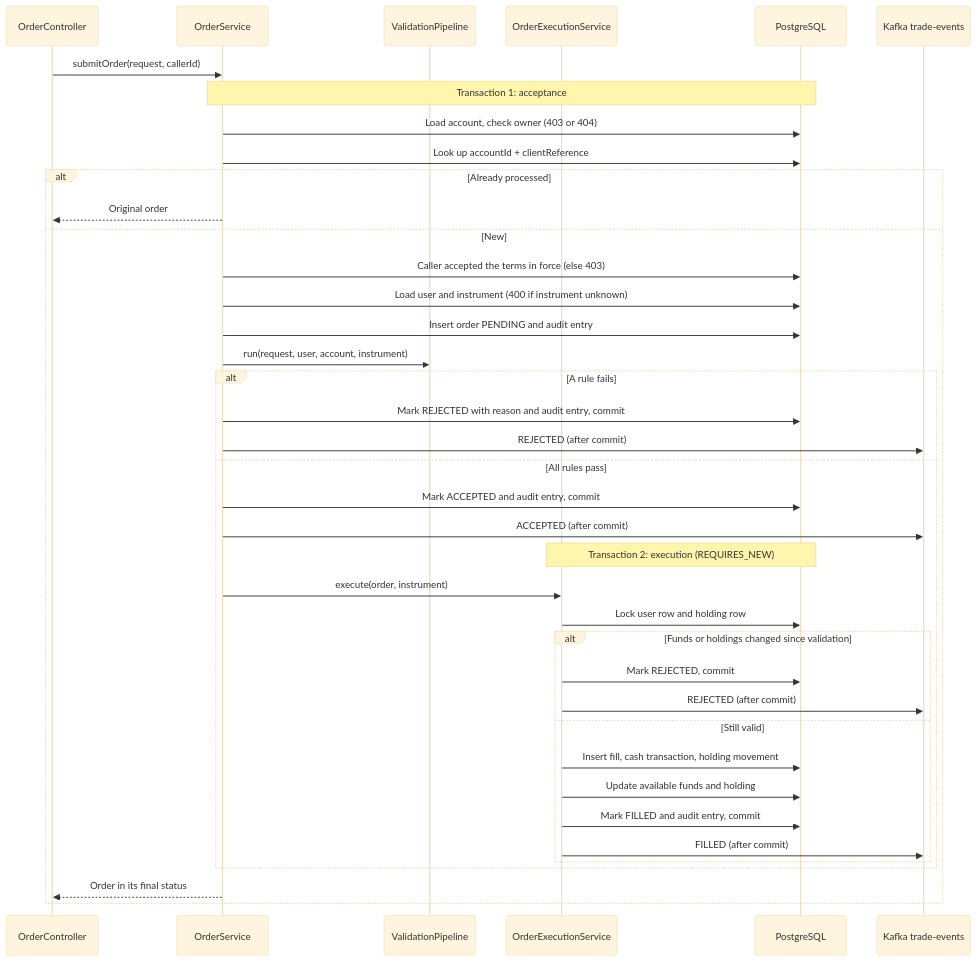
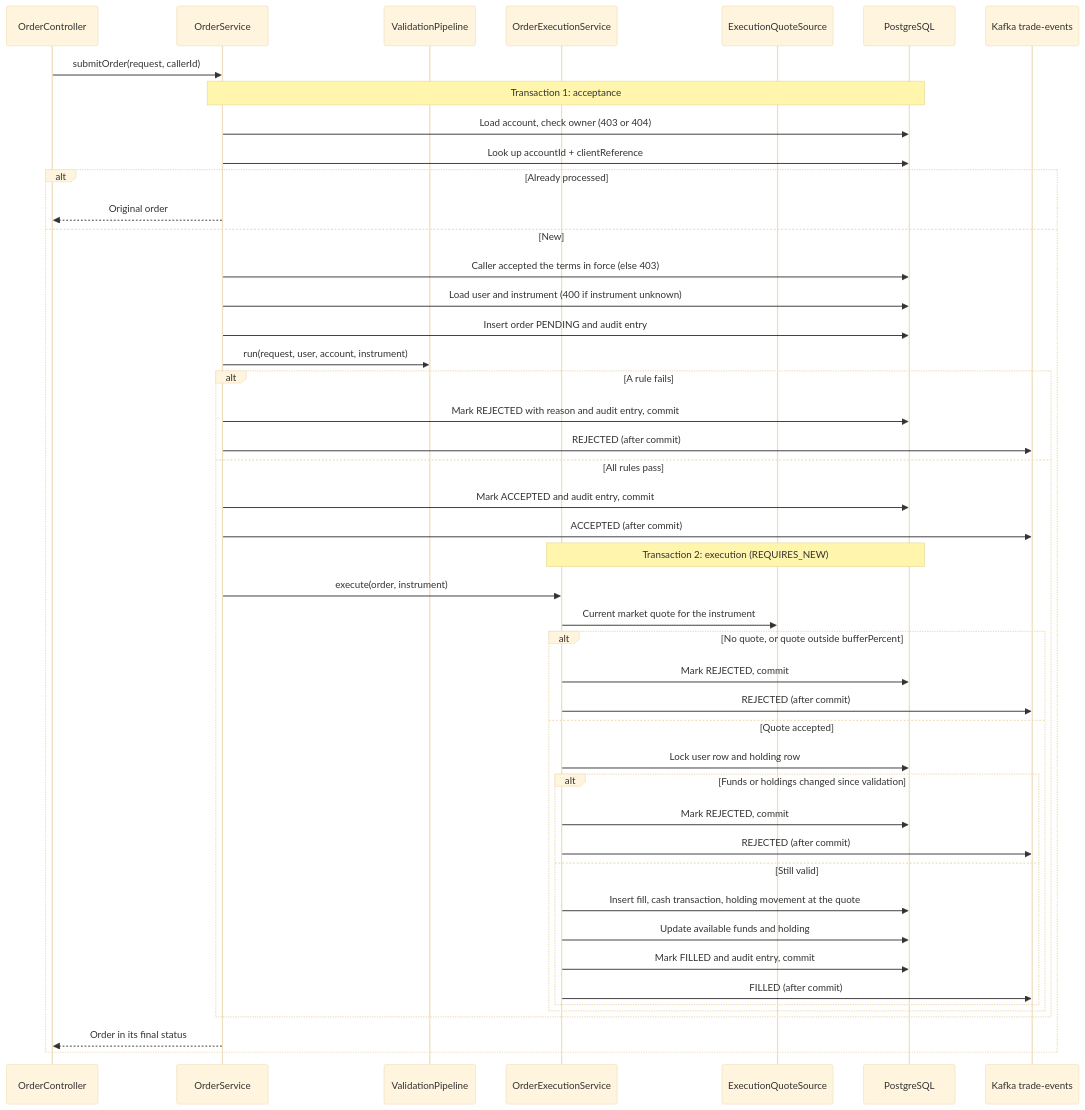
One commit to seankcheema/trading-season changed the second of 3 diagrams in apps/order-and-sell-service/README.md. Above: the diagram before and after it, drawn with Mermaid (base theme). The commit also changed other lines of this file and 243 other files, not shown here.

First line of the commit message:
docs: describe market-priced execution, regenerate Order and Sell Javadocs

````diff
--- a/apps/order-and-sell-service/README.md
+++ b/apps/order-and-sell-service/README.md
@@ -99,42 +104,49 @@
 ```mermaid
 sequenceDiagram
     participant C as OrderController
     participant S as OrderService
     participant P as ValidationPipeline
     participant E as OrderExecutionService
+    participant Q as ExecutionQuoteSource
     participant DB as PostgreSQL
     participant K as Kafka trade-events
 
     C->>S: submitOrder(request, callerId)
     Note over S,DB: Transaction 1: acceptance
     S->>DB: Load account, check owner (403 or 404)
     S->>DB: Look up accountId + clientReference
     alt Already processed
         S-->>C: Original order
     else New
         S->>DB: Caller accepted the terms in force (else 403)
         S->>DB: Load user and instrument (400 if instrument unknown)
         S->>DB: Insert order PENDING and audit entry
         S->>P: run(request, user, account, instrument)
         alt A rule fails
             S->>DB: Mark REJECTED with reason and audit entry, commit
             S->>K: REJECTED (after commit)
         else All rules pass
             S->>DB: Mark ACCEPTED and audit entry, commit
             S->>K: ACCEPTED (after commit)
             Note over E,DB: Transaction 2: execution (REQUIRES_NEW)
             S->>E: execute(order, instrument)
-            E->>DB: Lock user row and holding row
-            alt Funds or holdings changed since validation
+            E->>Q: Current market quote for the instrument
+            alt No quote, or quote outside bufferPercent
                 E->>DB: Mark REJECTED, commit
                 E->>K: REJECTED (after commit)
-            else Still valid
-                E->>DB: Insert fill, cash transaction, holding movement
-                E->>DB: Update available funds and holding
-                E->>DB: Mark FILLED and audit entry, commit
-                E->>K: FILLED (after commit)
+            else Quote accepted
+                E->>DB: Lock user row and holding row
+                alt Funds or holdings changed since validation
+                    E->>DB: Mark REJECTED, commit
+                    E->>K: REJECTED (after commit)
+                else Still valid
+                    E->>DB: Insert fill, cash transaction, holding movement at the quote
+                    E->>DB: Update available funds and holding
+                    E->>DB: Mark FILLED and audit entry, commit
+                    E->>K: FILLED (after commit)
+                end
             end
         end
         S-->>C: Order in its final status
     end
 ```
````
